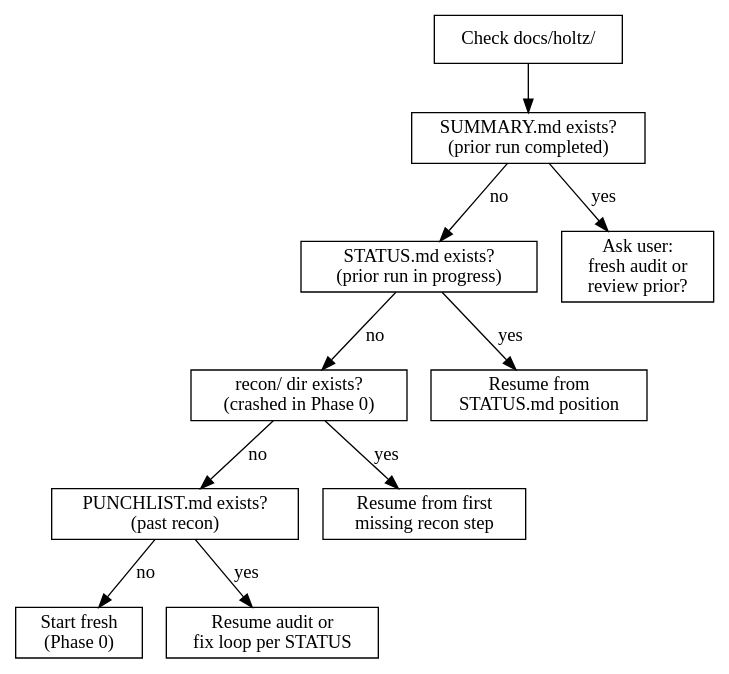
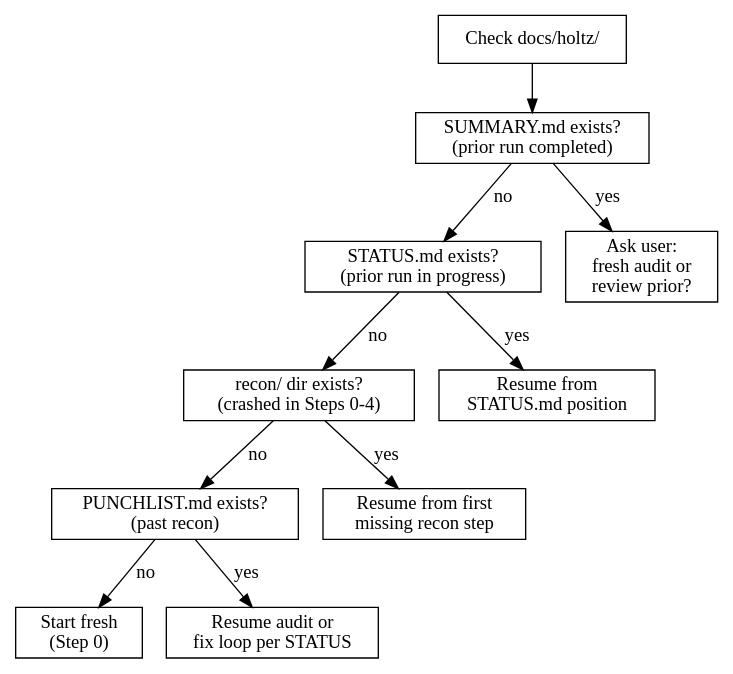
The first of 2 diagrams in skills/holtz/SKILL.md (jbrjake/holtz), drawn with Graphviz before and after one commit. The commit also changed other lines of this file and 1 other file, not shown here.

First line of the commit message:
feat: rewrite SKILL.md process flow to Step 0-20

````diff
--- a/skills/holtz/SKILL.md
+++ b/skills/holtz/SKILL.md
@@ -95,26 +95,26 @@
 ```dot
 digraph {
   rankdir=TB
   node [shape=box]
   check [label="Check docs/holtz/"]
   summary [label="SUMMARY.md exists?\n(prior run completed)"]
   status [label="STATUS.md exists?\n(prior run in progress)"]
-  recon [label="recon/ dir exists?\n(crashed in Phase 0)"]
+  recon [label="recon/ dir exists?\n(crashed in Steps 0-4)"]
   punchlist [label="PUNCHLIST.md exists?\n(past recon)"]
-  fresh [label="Start fresh\n(Phase 0)"]
+  fresh [label="Start fresh\n(Step 0)"]
   resume_status [label="Resume from\nSTATUS.md position"]
   resume_recon [label="Resume from first\nmissing recon step"]
   resume_audit [label="Resume audit or\nfix loop per STATUS"]
   ask [label="Ask user:\nfresh audit or\nreview prior?"]
 
   check -> summary
   summary -> ask [label="yes"]
   summary -> status [label="no"]
   status -> resume_status [label="yes"]
   status -> recon [label="no"]
   recon -> resume_recon [label="yes"]
   recon -> punchlist [label="no"]
   punchlist -> resume_audit [label="yes"]
   punchlist -> fresh [label="no"]
 }
 ```
````
